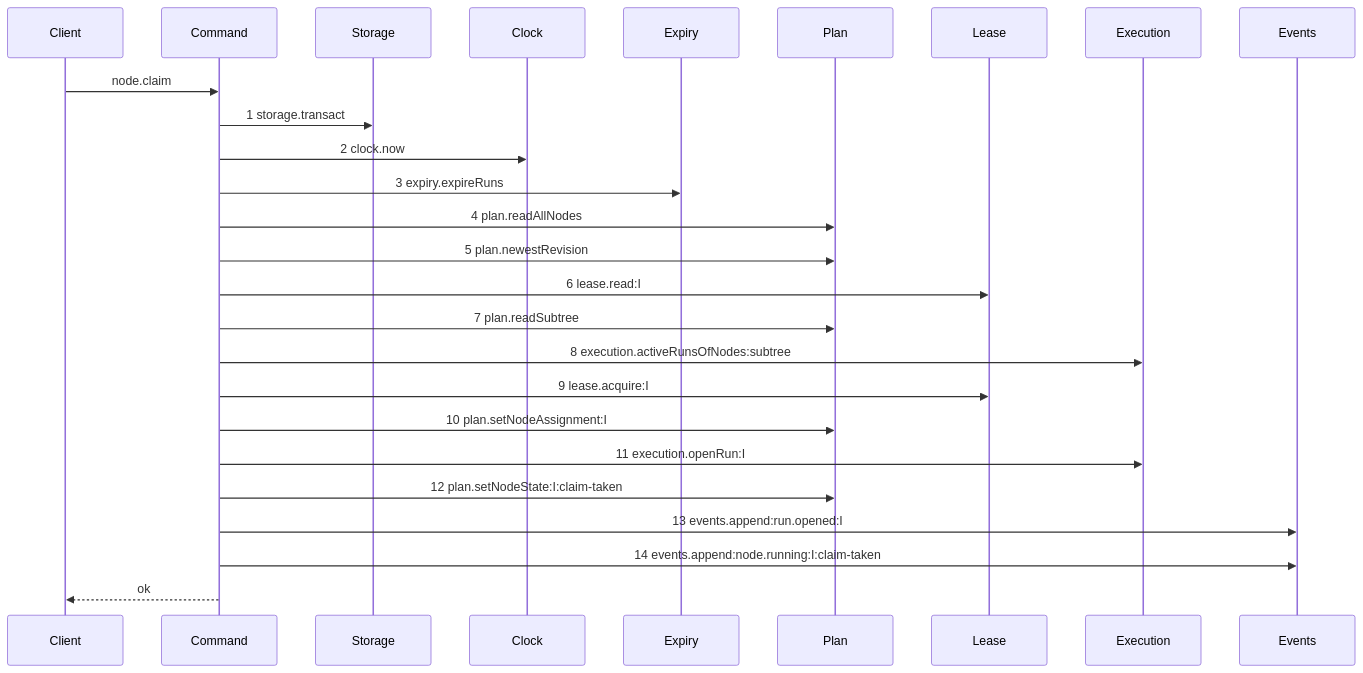
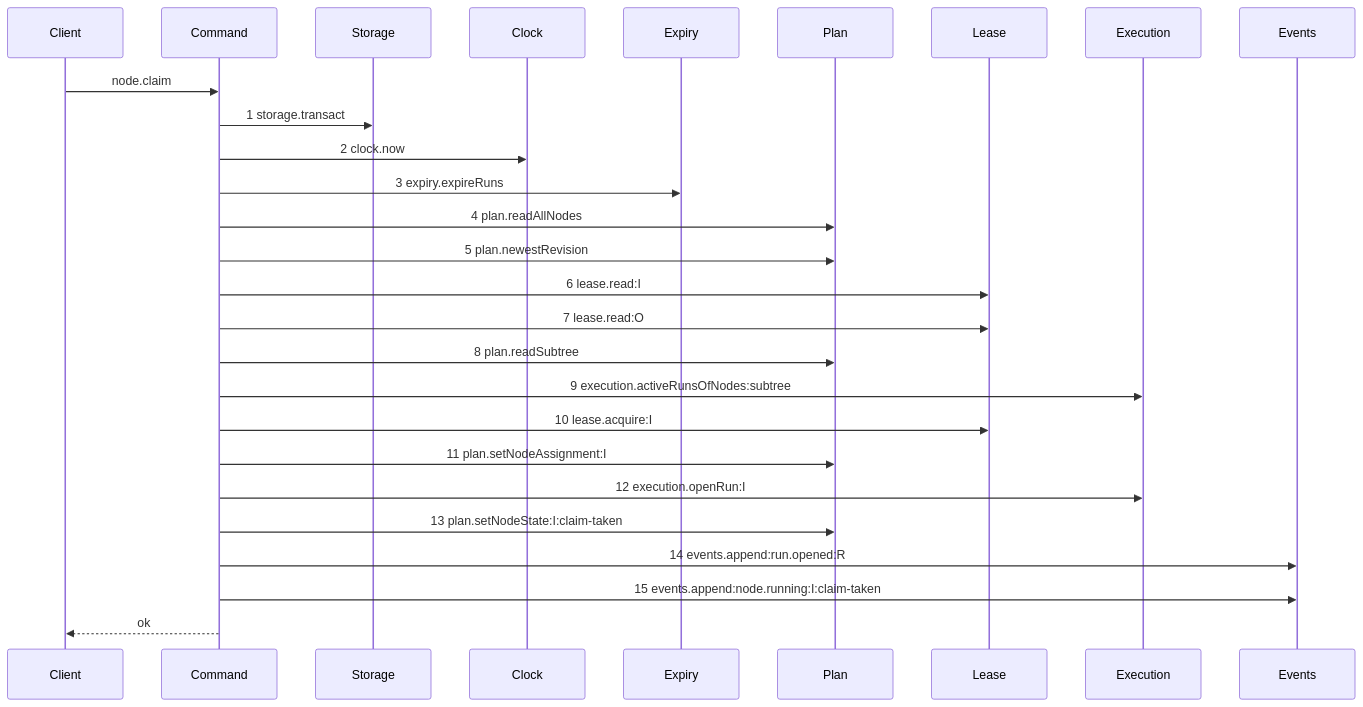
Before and after one commit to kanthorlabs/kanthord-engine: the second of 2 diagrams in .agents/plan/stories/050.1-the-claim/04-the-claim-of-an-initiative.md, drawn with Mermaid. The commit also changed other lines of this file and 113 other files, not shown here.

Commit message:
feat(epic-050.1): implement claim and run expiry

````diff
--- a/.agents/plan/stories/050.1-the-claim/04-the-claim-of-an-initiative.md
+++ b/.agents/plan/stories/050.1-the-claim/04-the-claim-of-an-initiative.md
@@ -50,28 +50,29 @@
 ```mermaid
 sequenceDiagram
     participant Client
     participant Command
     participant Storage
     participant Clock
     participant Expiry
     participant Plan
     participant Lease
     participant Execution
     participant Events
     Client->>Command: node.claim
     Command->>Storage: 1 storage.transact
     Command->>Clock: 2 clock.now
     Command->>Expiry: 3 expiry.expireRuns
     Command->>Plan: 4 plan.readAllNodes
     Command->>Plan: 5 plan.newestRevision
     Command->>Lease: 6 lease.read:I
-    Command->>Plan: 7 plan.readSubtree
-    Command->>Execution: 8 execution.activeRunsOfNodes:subtree
-    Command->>Lease: 9 lease.acquire:I
-    Command->>Plan: 10 plan.setNodeAssignment:I
-    Command->>Execution: 11 execution.openRun:I
-    Command->>Plan: 12 plan.setNodeState:I:claim-taken
-    Command->>Events: 13 events.append:run.opened:I
-    Command->>Events: 14 events.append:node.running:I:claim-taken
+    Command->>Lease: 7 lease.read:O
+    Command->>Plan: 8 plan.readSubtree
+    Command->>Execution: 9 execution.activeRunsOfNodes:subtree
+    Command->>Lease: 10 lease.acquire:I
+    Command->>Plan: 11 plan.setNodeAssignment:I
+    Command->>Execution: 12 execution.openRun:I
+    Command->>Plan: 13 plan.setNodeState:I:claim-taken
+    Command->>Events: 14 events.append:run.opened:R
+    Command->>Events: 15 events.append:node.running:I:claim-taken
     Command-->>Client: ok
 ```
````
